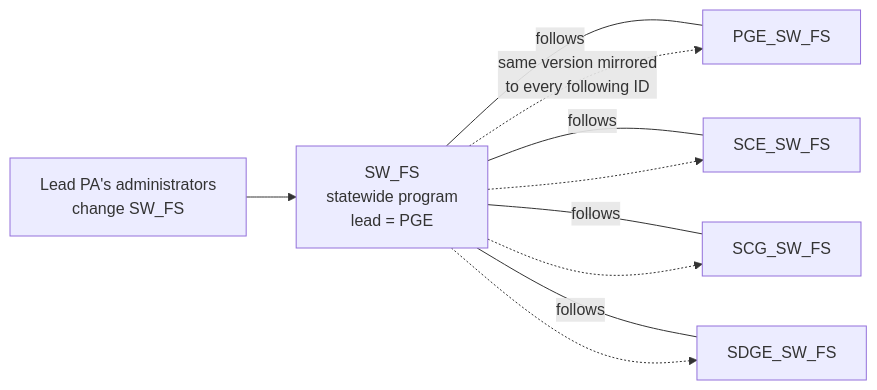
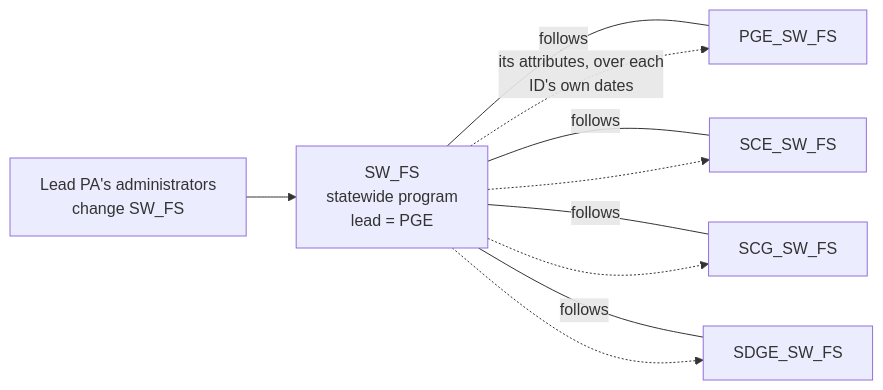
Before and after one commit to JRichardson-PGE/CEDARS-Platform: diagram 18 of 23 in docs/ARCHITECTURE_AS_BUILT.md, drawn with Mermaid. The commit also changed other lines of this file and 5 other files, not shown here.

First line of the commit message:
Statewide following keeps each program's own dates

````diff
--- a/docs/ARCHITECTURE_AS_BUILT.md
+++ b/docs/ARCHITECTURE_AS_BUILT.md
@@ -884,12 +889,12 @@
 ```mermaid
 flowchart LR
   sw["SW_FS<br/>statewide program<br/>lead = PGE"] -- "follows" --- p1["PGE_SW_FS"]
   sw -- "follows" --- p2["SCE_SW_FS"]
   sw -- "follows" --- p3["SCG_SW_FS"]
   sw -- "follows" --- p4["SDGE_SW_FS"]
   admin["Lead PA's administrators<br/>change SW_FS"] --> sw
-  sw -. "same version mirrored<br/>to every following ID" .-> p1
+  sw -. "its attributes, over each<br/>ID's own dates" .-> p1
   sw -.-> p2
   sw -.-> p3
   sw -.-> p4
 ```
````
